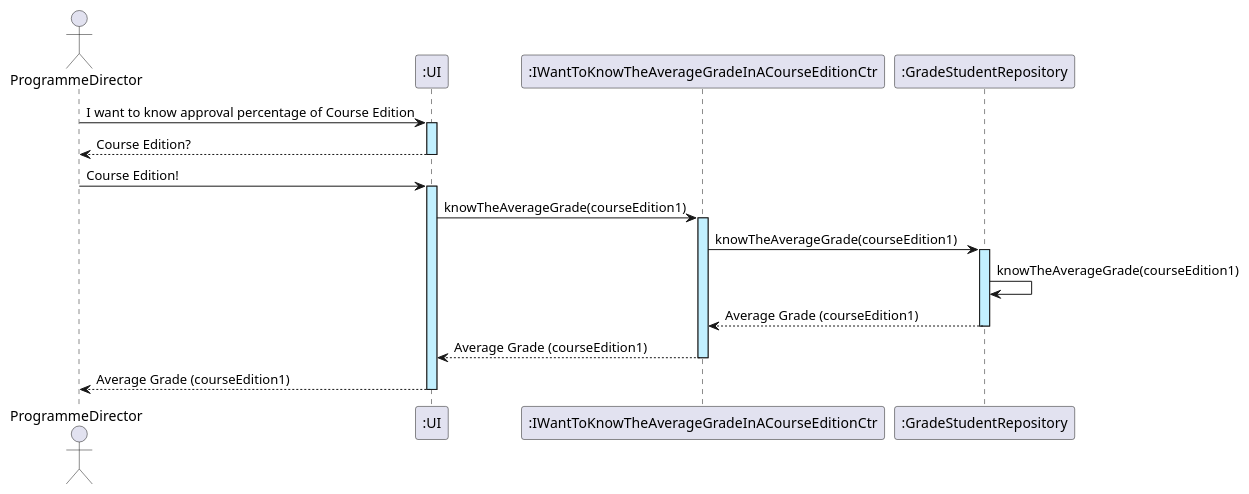
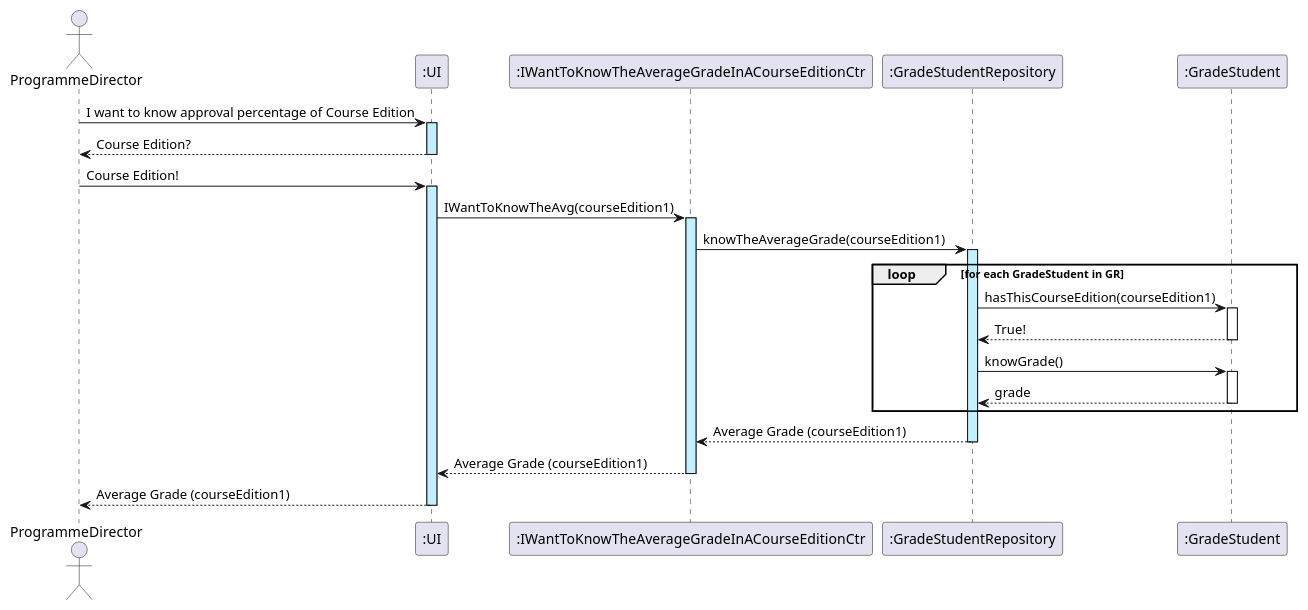
Before and after one commit to GasparISEP/DevOps-PAI: the diagram in docs/sequenceDiagrams/US25/US25_knowTheAverageGradeInACourseEdition.puml, drawn with PlantUML.

Commit message:
Changed US25_SD

```diff
--- a/docs/sequenceDiagrams/US25/US25_knowTheAverageGradeInACourseEdition.puml
+++ b/docs/sequenceDiagrams/US25/US25_knowTheAverageGradeInACourseEdition.puml
@@ -1,19 +1,34 @@
 @startuml
 actor ProgrammeDirector
 participant ":UI" as UI
 participant ":IWantToKnowTheAverageGradeInACourseEditionCtr" as KA
 participant ":GradeStudentRepository" as GR
+participant ":GradeStudent" as GradeStudent
 
 
 ProgrammeDirector -> UI ++ #application: I want to know approval percentage of Course Edition
 UI --> ProgrammeDirector -- : Course Edition?
 ProgrammeDirector -> UI ++ #application: Course Edition!
-UI -> KA ++ #application : knowTheAverageGrade(courseEdition1)
+UI -> KA ++ #application : IWantToKnowTheAvg(courseEdition1)
 KA -> GR ++ #application : knowTheAverageGrade(courseEdition1)
-GR -> GR :knowTheAverageGrade(courseEdition1)
+
+
+
+loop for each GradeStudent in GR
+    GR -> GradeStudent : hasThisCourseEdition(courseEdition1)
+    activate GradeStudent
+    GradeStudent --> GR : True!
+    deactivate GradeStudent
+
+    GR -> GradeStudent : knowGrade()
+    activate GradeStudent
+    GradeStudent --> GR : grade
+    deactivate GradeStudent
+end
+
 
 GR --> KA --: Average Grade (courseEdition1)
 KA --> UI --: Average Grade (courseEdition1)
 UI --> ProgrammeDirector --: Average Grade (courseEdition1)
 
 @enduml
```
